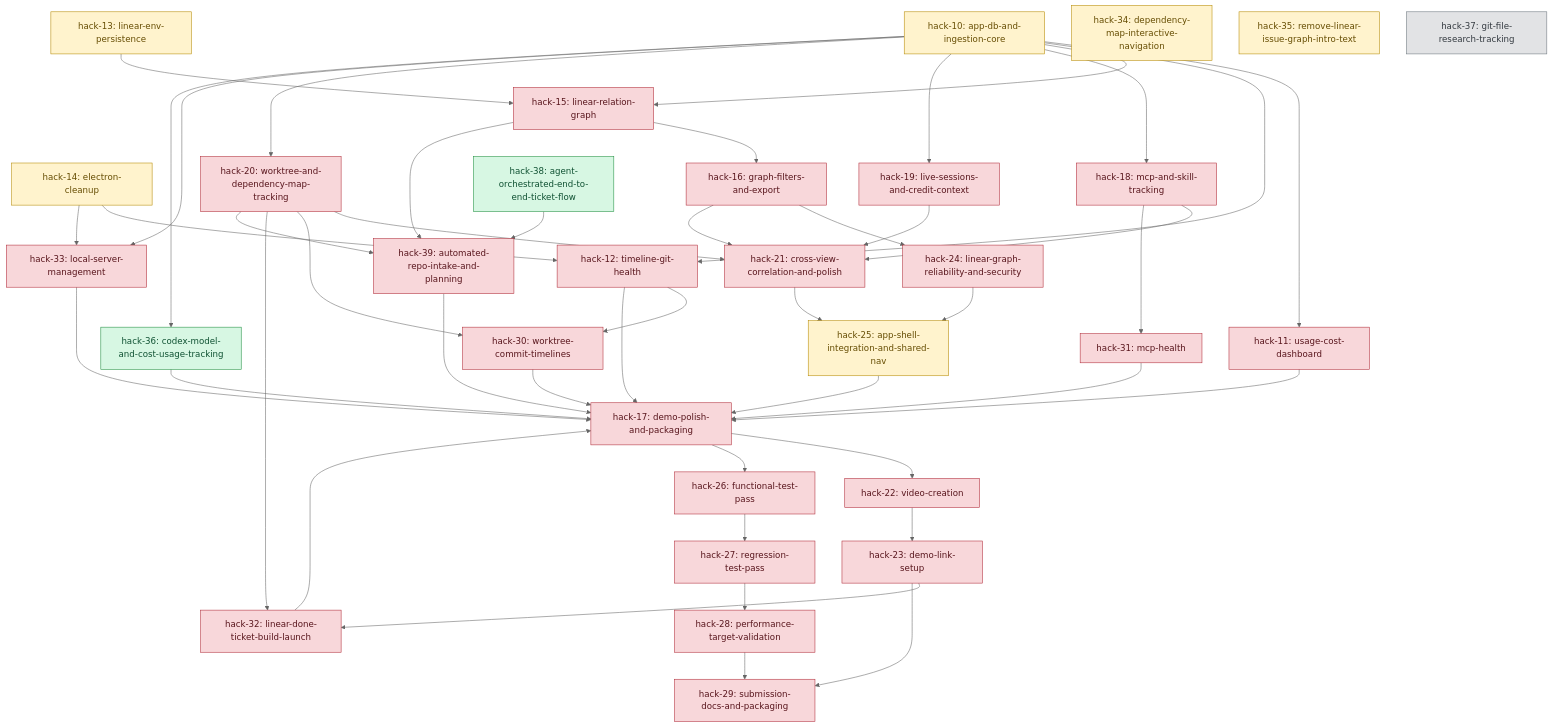
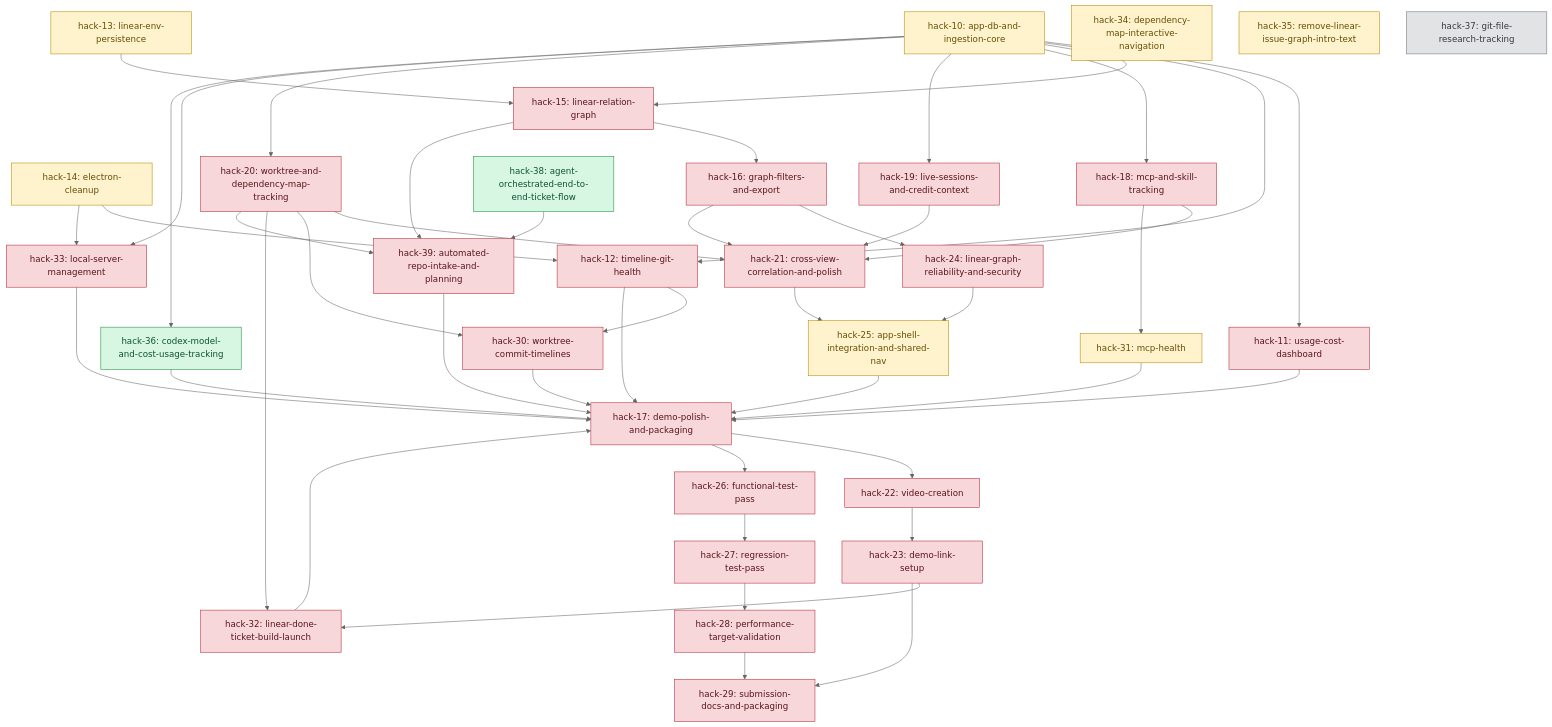
The diagram in DEPENDENCY_MAP.md (jaimindp/100x_your_codex), drawn with Mermaid (neutral theme) before and after one commit. The commit also changed 16 other files, not shown here.

```diff
--- a/DEPENDENCY_MAP.md
+++ b/DEPENDENCY_MAP.md
@@ -106,10 +106,11 @@
   class H34 inprog;
   class H25 inprog;
   class H35 inprog;
+  class H31 inprog;
 class H36 done;
   class H38 done;
   class H37 todo;
-  class H11,H12,H15,H16,H17,H18,H19,H20,H21,H22,H23,H24,H26,H27,H28,H29,H30,H31,H32,H33,H39 blocked;
+  class H11,H12,H15,H16,H17,H18,H19,H20,H21,H22,H23,H24,H26,H27,H28,H29,H30,H32,H33,H39 blocked;
 
   classDef todo fill:#e2e3e5,stroke:#6c757d,color:#343a40;
   classDef inprog fill:#fff3cd,stroke:#b58900,color:#664d03;
```
